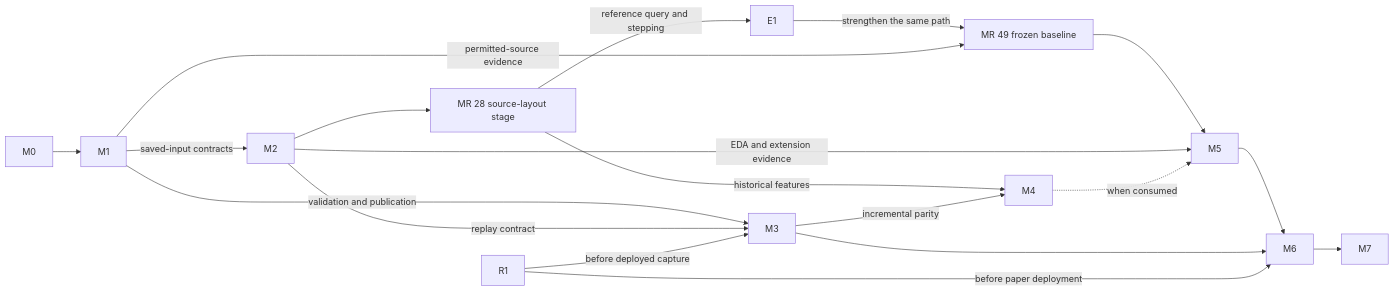
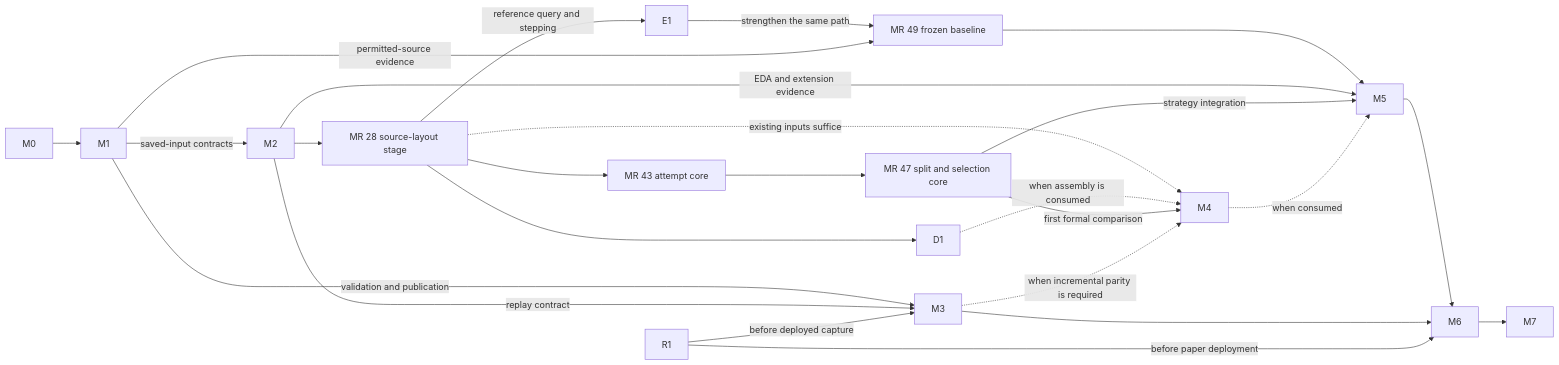
Before and after one commit to lixuanguang/alpha-research-lab-private: the diagram in docs/roadmap/README.md, drawn with Mermaid. The commit also changed other lines of this file and 7 other files, not shown here.

````diff
--- a/docs/roadmap/README.md
+++ b/docs/roadmap/README.md
@@ -187,19 +254,25 @@
 ```mermaid
 flowchart LR
     M0 --> M1
     M1 -->|saved-input contracts| M2
     M2 --> L[MR 28 source-layout stage]
     L -->|reference query and stepping| E1
     E1 -->|strengthen the same path| P1[MR 49 frozen baseline]
     M1 -->|permitted-source evidence| P1
     P1 --> M5 --> M6 --> M7
     M2 -->|EDA and extension evidence| M5
     M1 -->|validation and publication| M3
     M2 -->|replay contract| M3
-    L -->|historical features| M4
-    M3 -->|incremental parity| M4
+    L --> D1
+    L -.->|existing inputs suffice| M4
+    D1 -.->|when assembly is consumed| M4
+    L --> T[MR 43 attempt core]
+    T --> S[MR 47 split and selection core]
+    S -->|first formal comparison| M4
+    S -->|strategy integration| M5
+    M3 -.->|when incremental parity is required| M4
     M4 -.->|when consumed| M5
     M3 --> M6
     R1 -->|before deployed capture| M3
     R1 -->|before paper deployment| M6
 ```
````
